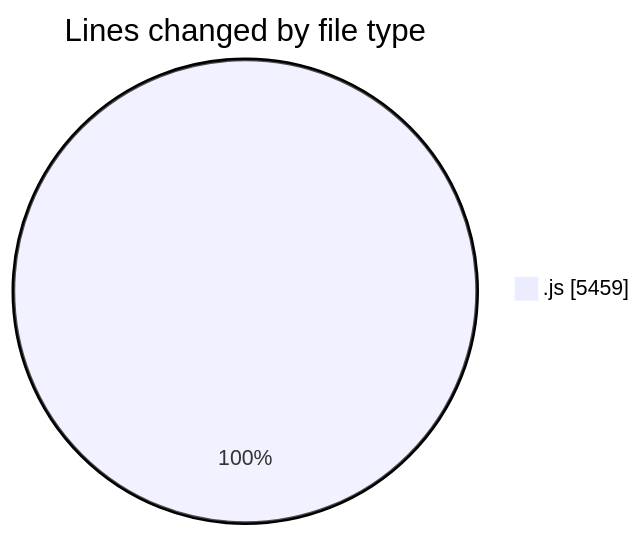
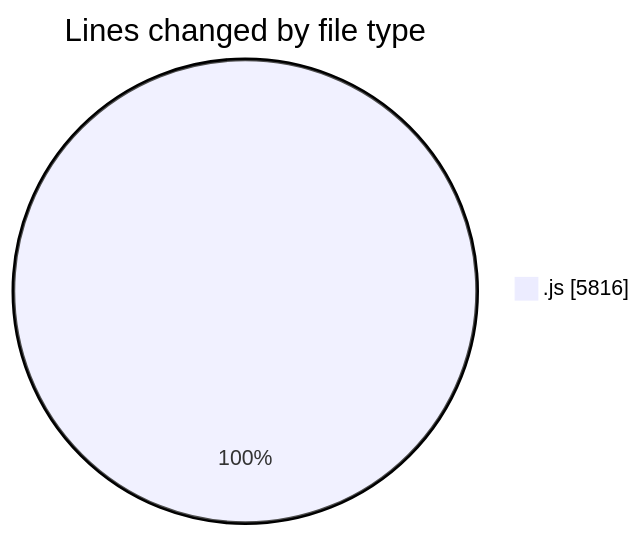
One commit to nxtqubesakshisongat/code-tracking changed the first of 2 diagrams in 2025-09-04/nxtqube_webapp/README.md. Above: the diagram before and after it, drawn with Mermaid. The commit also changed other lines of this file and 1 other file, not shown here.

````diff
--- a/2025-09-04/nxtqube_webapp/README.md
+++ b/2025-09-04/nxtqube_webapp/README.md
@@ -20,5 +20,5 @@
 ```mermaid
 pie showData
 title Lines changed by file type
-".js" : 5459
+".js" : 5816
 ```
````
